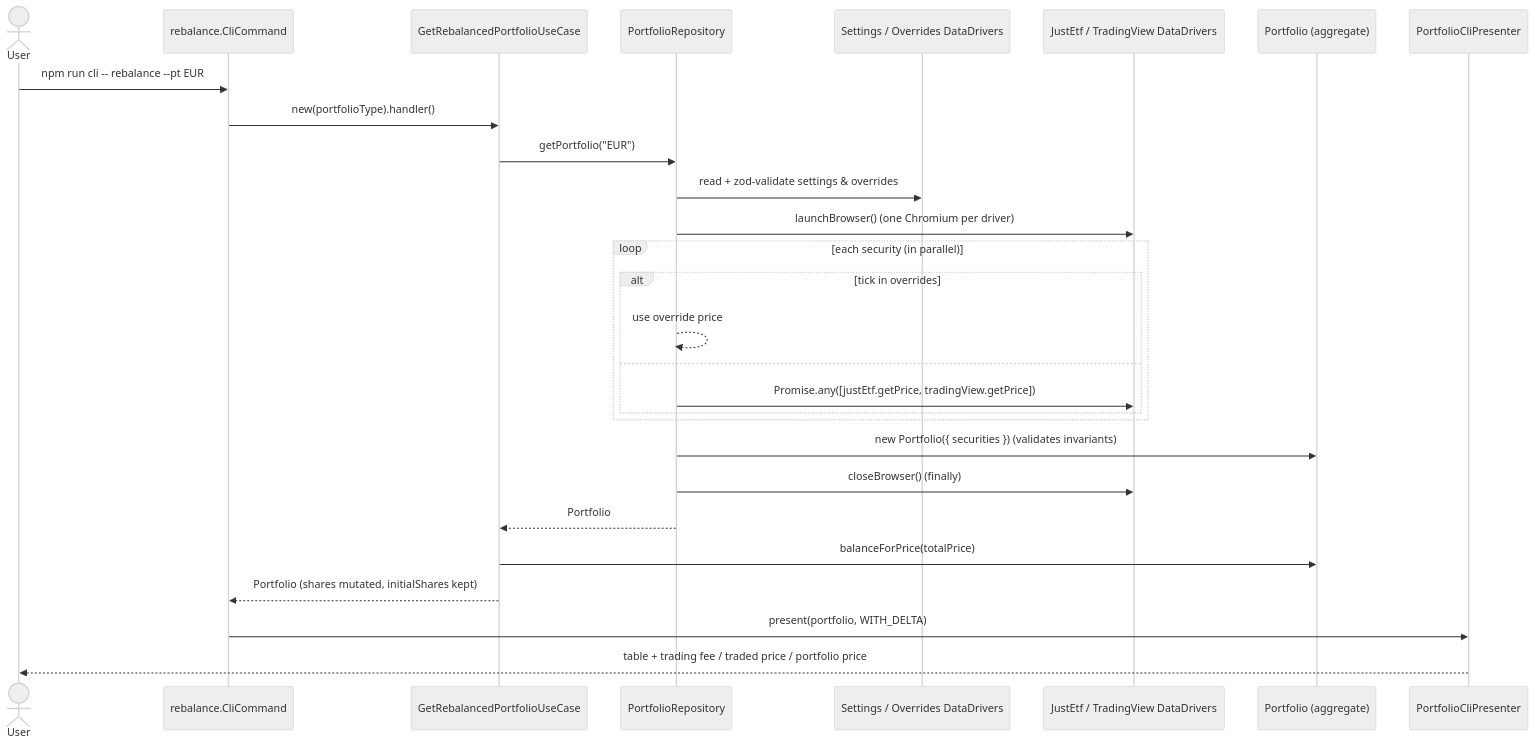
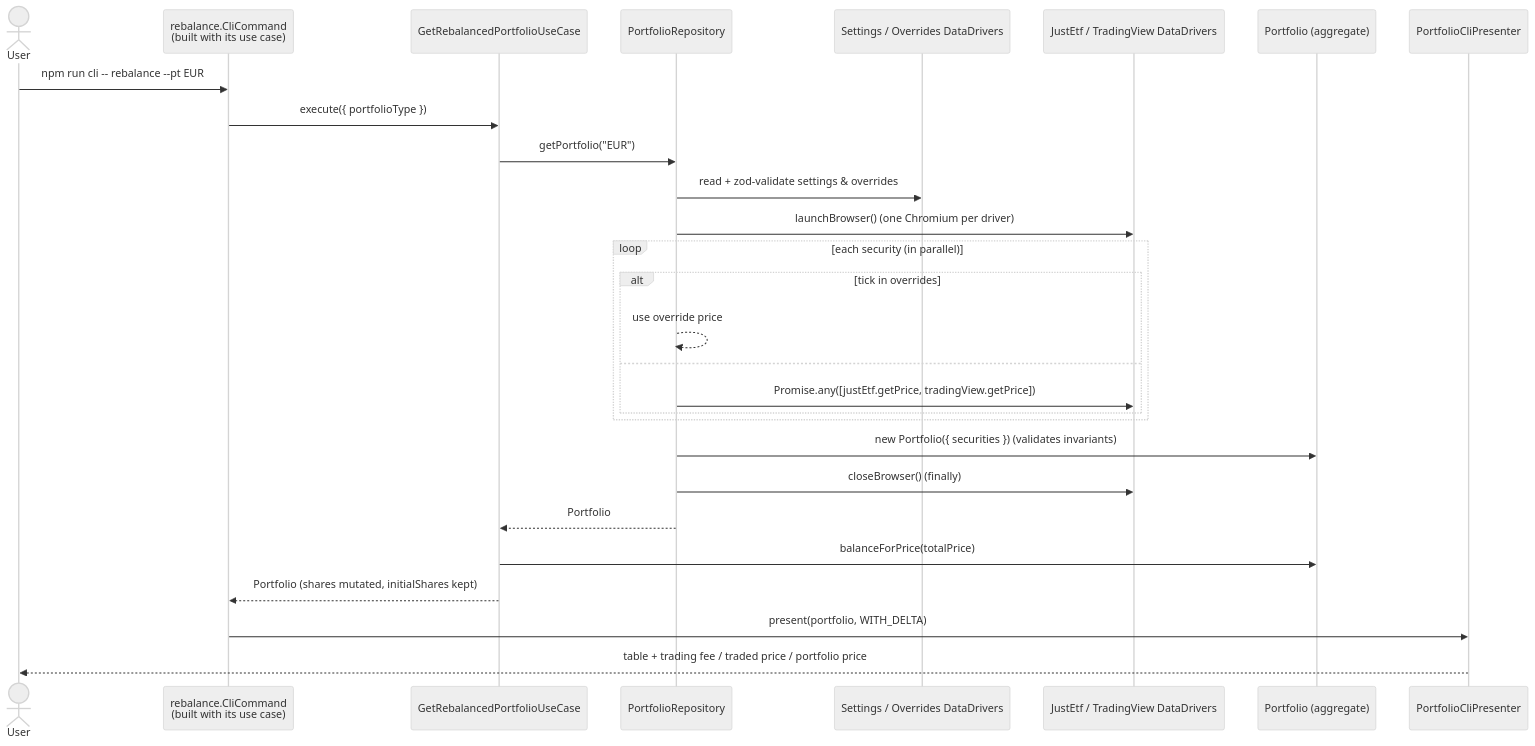
Before and after one commit to armaaar/stock-calc: the third of 3 diagrams in docs/architecture/overview.md, drawn with Mermaid (neutral theme). The commit also changed other lines of this file and 73 other files, not shown here.

````diff
--- a/docs/architecture/overview.md
+++ b/docs/architecture/overview.md
@@ -72,31 +75,31 @@
 ```mermaid
 sequenceDiagram
   actor U as User
-  participant C as rebalance.CliCommand
+  participant C as rebalance.CliCommand<br/>(built with its use case)
   participant UC as GetRebalancedPortfolioUseCase
   participant R as PortfolioRepository
   participant S as Settings / Overrides DataDrivers
   participant P as JustEtf / TradingView DataDrivers
   participant E as Portfolio (aggregate)
   participant V as PortfolioCliPresenter
 
   U->>C: npm run cli -- rebalance --pt EUR
-  C->>UC: new(portfolioType).handler()
+  C->>UC: execute({ portfolioType })
   UC->>R: getPortfolio("EUR")
   R->>S: read + zod-validate settings & overrides
   R->>P: launchBrowser() (one Chromium per driver)
   loop each security (in parallel)
     alt tick in overrides
       R-->>R: use override price
     else
       R->>P: Promise.any([justEtf.getPrice, tradingView.getPrice])
     end
   end
   R->>E: new Portfolio({ securities }) (validates invariants)
   R->>P: closeBrowser() (finally)
   R-->>UC: Portfolio
   UC->>E: balanceForPrice(totalPrice)
   UC-->>C: Portfolio (shares mutated, initialShares kept)
   C->>V: present(portfolio, WITH_DELTA)
   V-->>U: table + trading fee / traded price / portfolio price
 ```
````
